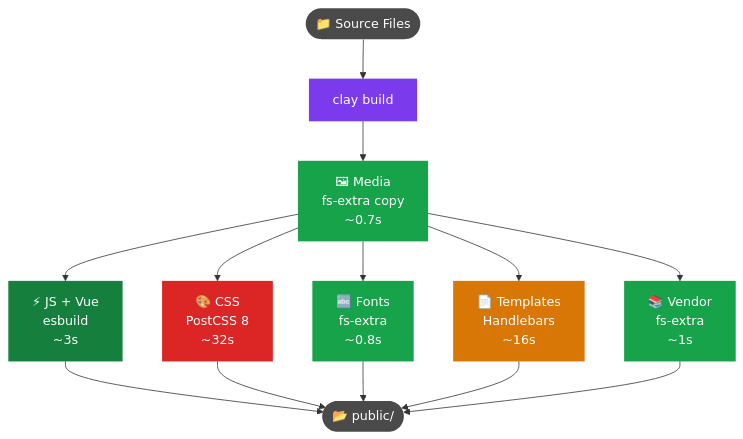
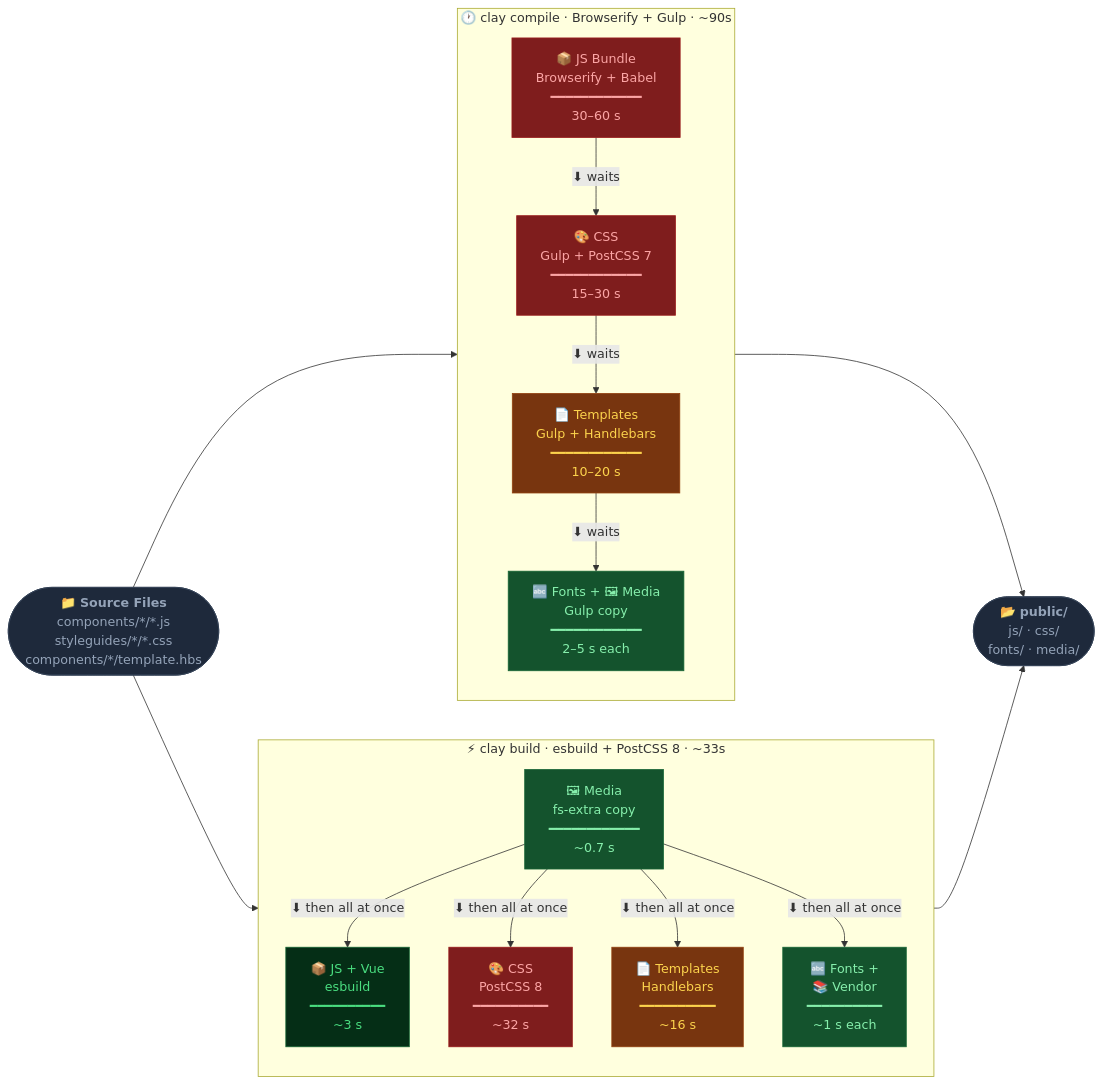
One commit to clay/claycli changed the diagram in CLAY-BUILD.md. Above: the diagram before and after it, drawn with Mermaid. The commit also changed other lines of this file, not shown here.

Commit message:
docs(build): redesign pipeline diagram as single side-by-side comparison
Replace two separate top-down flowcharts with one left-to-right diagram
containing both pipelines as labeled subgraphs. Source and output nodes
flank both lanes, making the parallel-vs-sequential contrast immediately
visible. Adds a summary table directly below the diagram.

Made-with: Cursor

````diff
--- a/CLAY-BUILD.md
+++ b/CLAY-BUILD.md
@@ -175,26 +151,67 @@
 ```mermaid
-flowchart TD
-    SRC([📁 Source Files]):::src --> BUILD[clay build]:::cmd
+flowchart LR
+    SRC(["`📁 **Source Files**
+    components/\*/\*.js
+    styleguides/\*/\*.css
+    components/\*/template.hbs`"]):::src
 
-    BUILD --> MEDIA["🖼 Media\nfs-extra copy\n~0.7s"]:::fast
+    subgraph LEGACY["  🕐  clay compile  ·  Browserify + Gulp  ·  ~90s  "]
+        direction TB
+        L1["📦 JS Bundle
+        Browserify + Babel
+        ━━━━━━━━━━━━
+        30–60 s"]:::slow
+        L2["🎨 CSS
+        Gulp + PostCSS 7
+        ━━━━━━━━━━━━
+        15–30 s"]:::slow
+        L3["📄 Templates
+        Gulp + Handlebars
+        ━━━━━━━━━━━━
+        10–20 s"]:::med
+        L4["🔤 Fonts + 🖼 Media
+        Gulp copy
+        ━━━━━━━━━━━━
+        2–5 s each"]:::fast
+        L1 -->|"⬇ waits"| L2 -->|"⬇ waits"| L3 -->|"⬇ waits"| L4
+    end
 
-    MEDIA --> JS["⚡ JS + Vue\nesbuild\n~3s"]:::vfast
-    MEDIA --> CSS["🎨 CSS\nPostCSS 8\n~32s"]:::slow
-    MEDIA --> FONTS["🔤 Fonts\nfs-extra\n~0.8s"]:::fast
-    MEDIA --> TPL["📄 Templates\nHandlebars\n~16s"]:::med
-    MEDIA --> VENDOR["📚 Vendor\nfs-extra\n~1s"]:::fast
+    subgraph MODERN["  ⚡  clay build  ·  esbuild + PostCSS 8  ·  ~33s  "]
+        direction TB
+        N0["🖼 Media
+        fs-extra copy
+        ━━━━━━━━━━━━
+        ~0.7 s"]:::fast
+        N1["📦 JS + Vue
+        esbuild
+        ━━━━━━━━━━
+        ~3 s"]:::vfast
+        N2["🎨 CSS
+        PostCSS 8
+        ━━━━━━━━━━
+        ~32 s"]:::slow
+        N3["📄 Templates
+        Handlebars
+        ━━━━━━━━━━
+        ~16 s"]:::med
+        N4["🔤 Fonts +
+        📚 Vendor
+        ━━━━━━━━━━
+        ~1 s each"]:::fast
+        N0 -->|"⬇ then all at once"| N1 & N2 & N3 & N4
+    end
 
-    JS --> OUT([📂 public/]):::out
-    CSS --> OUT
-    FONTS --> OUT
-    TPL --> OUT
-    VENDOR --> OUT
+    OUT(["`📂 **public/**
+    js/ · css/
+    fonts/ · media/`"]):::out
 
-    classDef src   fill:#4a4a4a,color:#fff,stroke:none
-    classDef cmd   fill:#7c3aed,color:#fff,stroke:none
-    classDef vfast fill:#15803d,color:#fff,stroke:none
-    classDef fast  fill:#16a34a,color:#fff,stroke:none
-    classDef med   fill:#d97706,color:#fff,stroke:none
-    classDef slow  fill:#dc2626,color:#fff,stroke:none
-    classDef out   fill:#4a4a4a,color:#fff,stroke:none
+    SRC --> LEGACY --> OUT
+    SRC --> MODERN --> OUT
+
+    classDef src   fill:#1e293b,color:#94a3b8,stroke:#334155,stroke-width:1px
+    classDef out   fill:#1e293b,color:#94a3b8,stroke:#334155,stroke-width:1px
+    classDef slow  fill:#7f1d1d,color:#fca5a5,stroke:#991b1b,stroke-width:1px
+    classDef med   fill:#78350f,color:#fcd34d,stroke:#92400e,stroke-width:1px
+    classDef fast  fill:#14532d,color:#86efac,stroke:#166534,stroke-width:1px
+    classDef vfast fill:#052e16,color:#4ade80,stroke:#166534,stroke-width:1px
 ```
````
